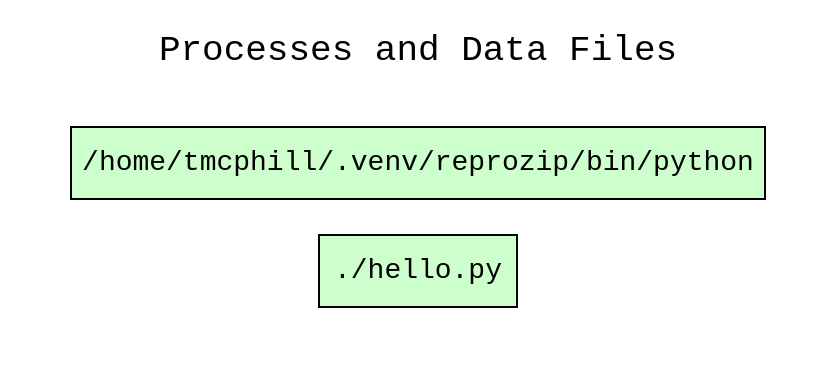
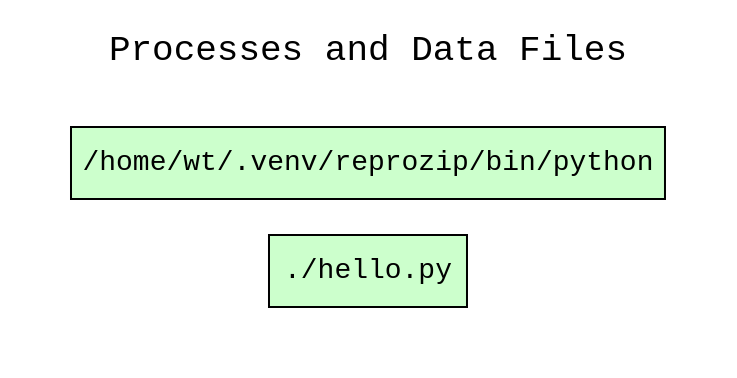
The diagram in examples/06-hello-python/graphs/wt_processes_and_data_files.dot (CIRSS/cpr), drawn with Graphviz before and after one commit. The commit also changed 129 other files, not shown here.

```diff
--- a/examples/06-hello-python/graphs/wt_processes_and_data_files.dot
+++ b/examples/06-hello-python/graphs/wt_processes_and_data_files.dot
@@ -1,13 +1,13 @@
 
 digraph wt_run {
 rankdir=LR
 fontname=Courier; fontsize=18; labelloc=t
 label="Processes and Data Files"
 subgraph cluster_inputs { label=""; color=white; penwidth=0
 subgraph cluster_inputs_inner { label=""; color=white
 node[shape=box style="filled" fillcolor="#CCFFCC" peripheries=1 fontname=Courier]
-"exe:e3" [label="/home/tmcphill/.venv/reprozip/bin/python"]
+"exe:e3" [label="/home/wt/.venv/reprozip/bin/python"]
 "exe:e2" [label="./hello.py"]
 node[shape=box style="rounded,filled" fillcolor="#FFFFCC" peripheries=1 fontname=Helvetica]
 }}
 }
```
